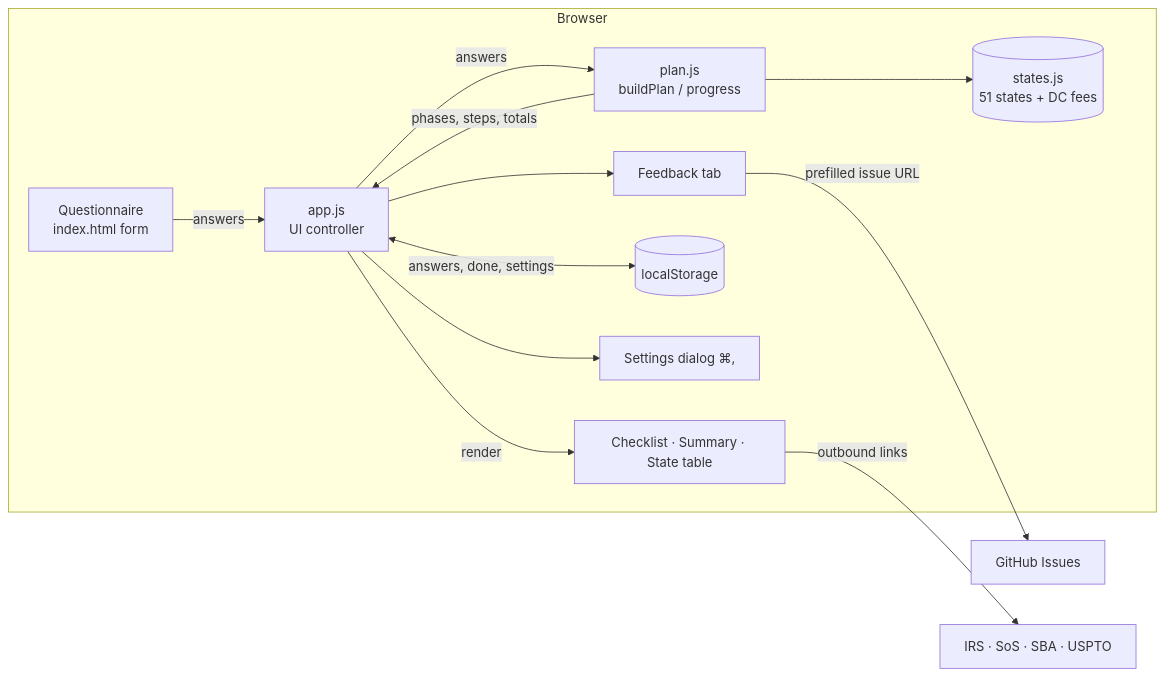
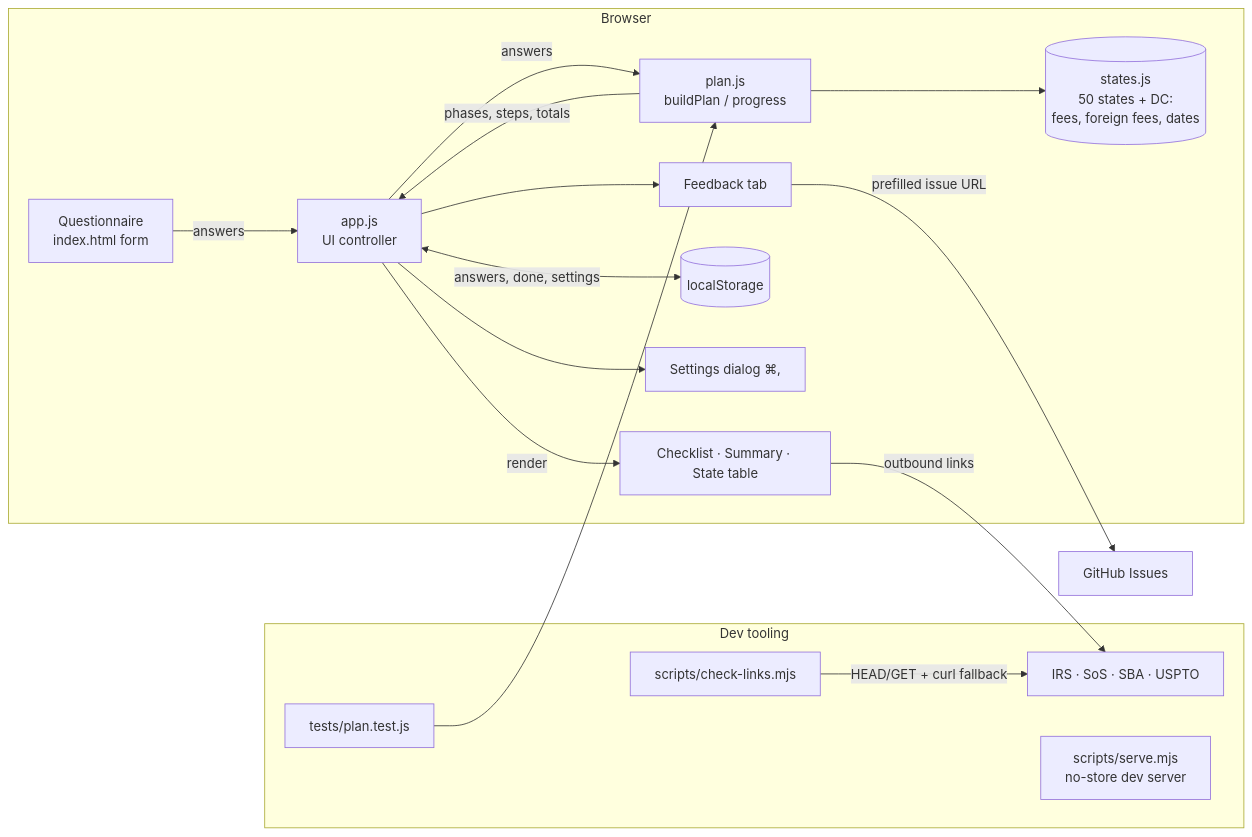
Before and after one commit to amalmehta/StartACompany: the diagram in docs/SYSTEM-DESIGN.md, drawn with Mermaid. The commit also changed other lines of this file and 20 other files, not shown here.

Commit message:
Re-verify fees for all states, add foreign registration fees, conflict warnings, accessibility and tooling improvements

````diff
--- a/docs/SYSTEM-DESIGN.md
+++ b/docs/SYSTEM-DESIGN.md
@@ -7,15 +7,20 @@
 ```mermaid
 flowchart LR
     subgraph Browser
         Q[Questionnaire<br/>index.html form] -->|answers| APP[app.js<br/>UI controller]
         APP -->|answers| PLAN[plan.js<br/>buildPlan / progress]
-        PLAN --> DATA[(states.js<br/>51 states + DC fees)]
+        PLAN --> DATA[(states.js<br/>50 states + DC:<br/>fees, foreign fees, dates)]
         PLAN -->|phases, steps, totals| APP
         APP -->|render| UI[Checklist · Summary · State table]
         APP <-->|answers, done, settings| LS[(localStorage)]
         APP --> SET[Settings dialog ⌘,]
         APP --> FB[Feedback tab]
     end
     FB -->|prefilled issue URL| GH[GitHub Issues]
     UI -->|outbound links| GOV[IRS · SoS · SBA · USPTO]
+    subgraph Dev tooling
+        T[tests/plan.test.js] --> PLAN
+        L[scripts/check-links.mjs] -->|HEAD/GET + curl fallback| GOV
+        SRV[scripts/serve.mjs<br/>no-store dev server]
+    end
 ```
````
